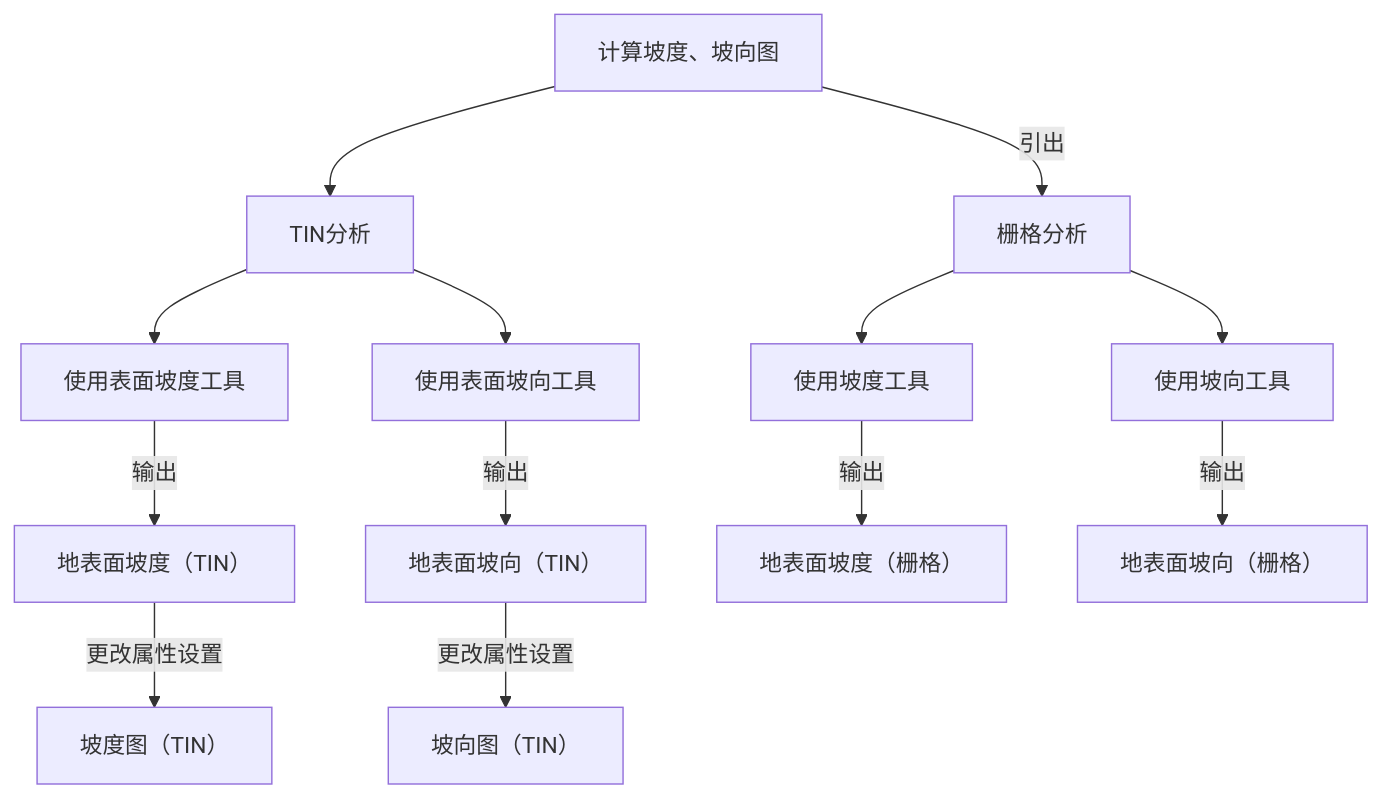
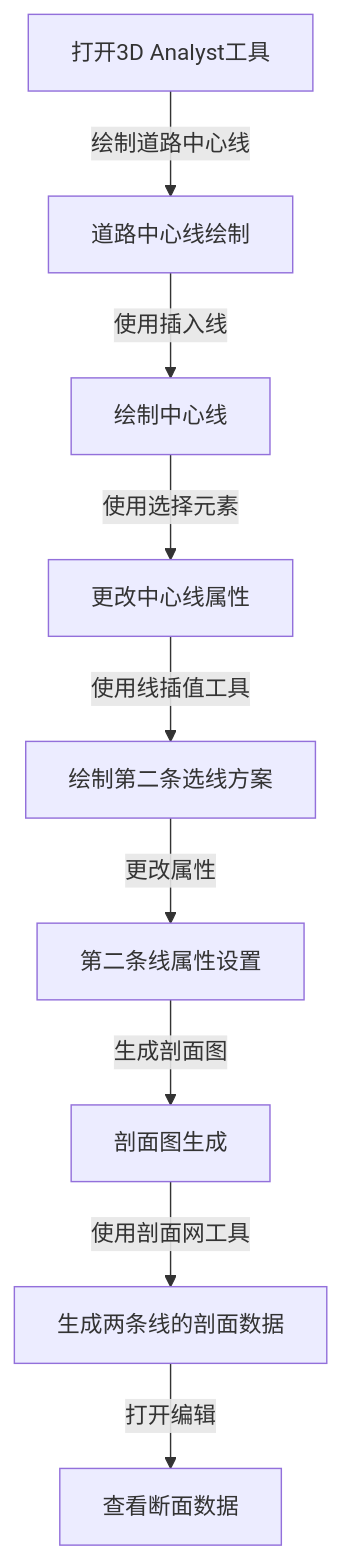
The diagram in all/未命名.md (newguser/iodraw-files), drawn with Mermaid before and after one commit.

Commit message:
2025-02-27 22:15:35 update

````diff
--- a/all/未命名.md
+++ b/all/未命名.md
@@ -1,17 +1,11 @@
 ```mermaid
 graph TD
-    A[计算坡度、坡向图] --> B[TIN分析]
-    A -->|引出| C[栅格分析]
-    B[TIN分析]--> B1[使用表面坡度工具]
-    B[TIN分析]--> B4[使用表面坡向工具]
-    C[栅格分析]-->C1[使用坡度工具]
-    C[栅格分析]-->C3[使用坡向工具]
-        B1[使用表面坡度工具] -->|输出| B2[地表面坡度（TIN）]
-        B2 -->|更改属性设置| B3[坡度图（TIN）]
-        B4[使用表面坡向工具] -->|输出| B5[地表面坡向（TIN）]
-        B5 -->|更改属性设置| B6[坡向图（TIN）]
-
-        C1[使用坡度工具] -->|输出| C2[地表面坡度（栅格）]
-        C3[使用坡向工具] -->|输出| C4[地表面坡向（栅格）]
-
+    A[打开3D Analyst工具] -->|绘制道路中心线| B[道路中心线绘制]
+    B -->|使用插入线| C[绘制中心线]
+    C -->|使用选择元素| D[更改中心线属性]
+    D -->|使用线插值工具| E[绘制第二条选线方案]
+    E -->|更改属性| F[第二条线属性设置]
+    F -->|生成剖面图| G[剖面图生成]
+    G -->|使用剖面网工具| H[生成两条线的剖面数据]
+    H -->|打开编辑| I[查看断面数据]
 ```
````
